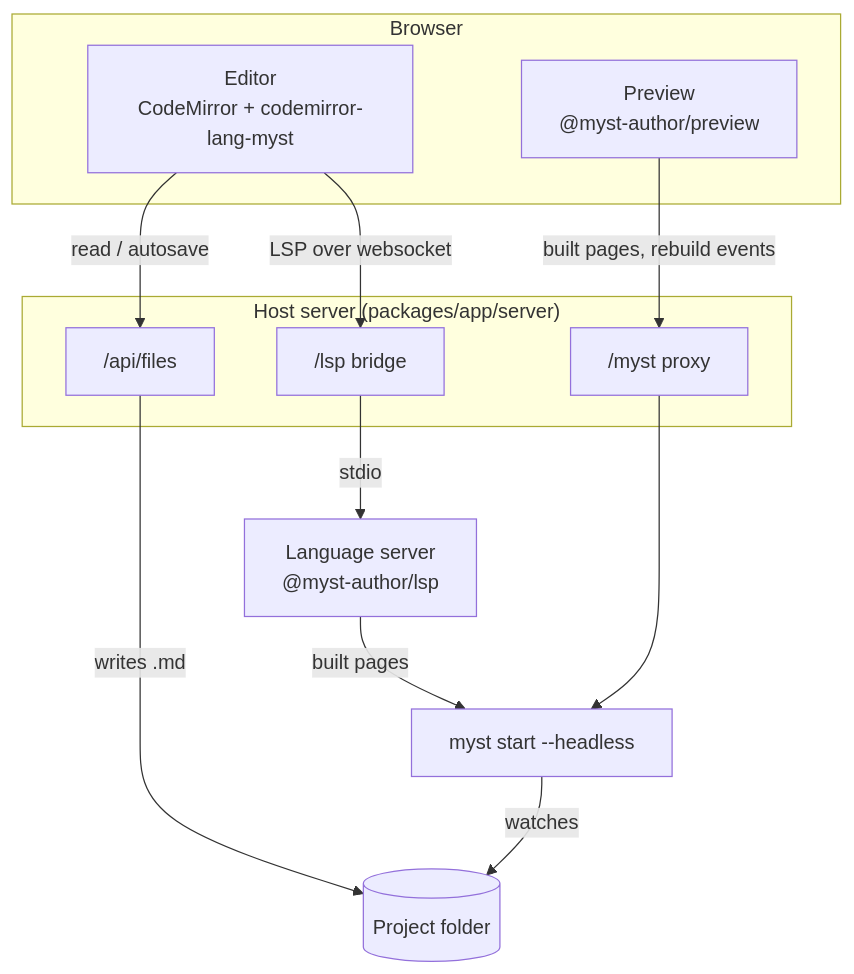
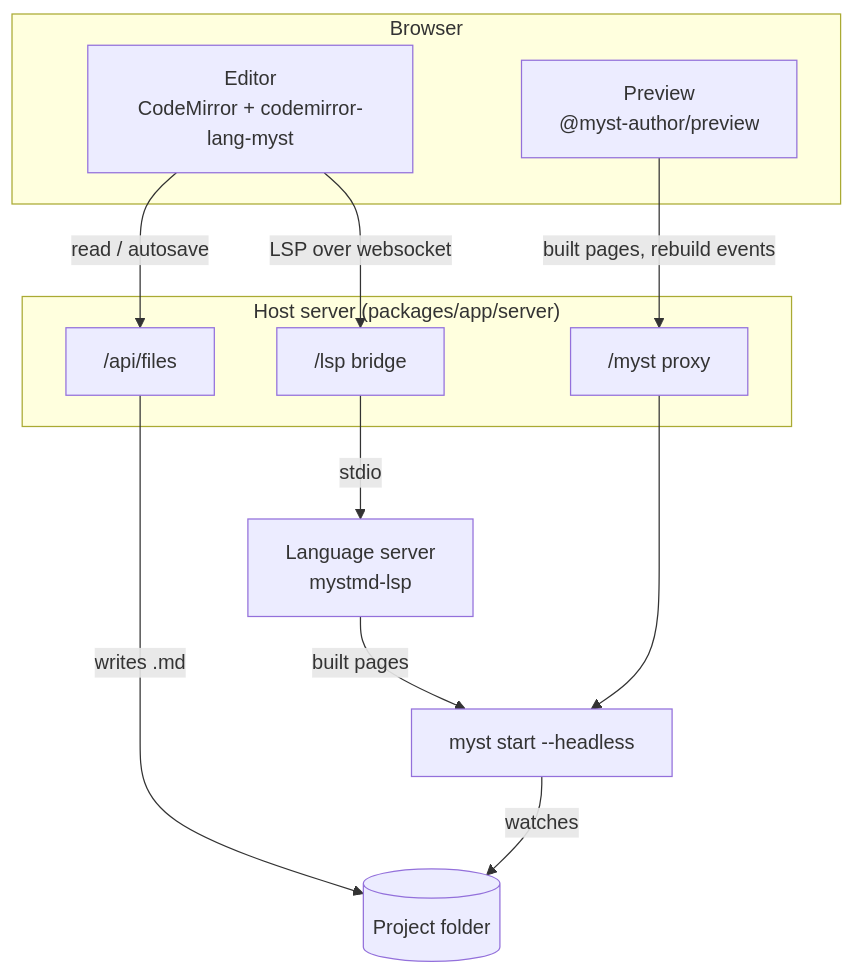
One commit to choldgraf/myst-author changed the diagram in docs/develop/architecture.md. Above: the diagram before and after it, drawn with Mermaid. The commit also changed other lines of this file and 46 other files, not shown here.

Commit message:
Use mystmd-lsp from npm instead of the in-repo language server so that the server lives in one repository

````diff
--- a/docs/develop/architecture.md
+++ b/docs/develop/architecture.md
@@ -55,20 +58,20 @@
 ```{mermaid}
 flowchart TB
   subgraph browser[Browser]
     editor["Editor<br/>CodeMirror + codemirror-lang-myst"]
     preview["Preview<br/>@myst-author/preview"]
   end
   subgraph host["Host server (packages/app/server)"]
     files["/api/files"]
     proxy["/myst proxy"]
     bridge["/lsp bridge"]
   end
   editor -- "read / autosave" --> files
   editor -- "LSP over websocket" --> bridge
-  bridge -- stdio --> lsp["Language server<br/>@myst-author/lsp"]
+  bridge -- stdio --> lsp["Language server<br/>mystmd-lsp"]
   preview -- "built pages, rebuild events" --> proxy
   proxy --> myst["myst start --headless"]
   lsp -- "built pages" --> myst
   files -- "writes .md" --> disk[(Project folder)]
   myst -- watches --> disk
 ```
````
